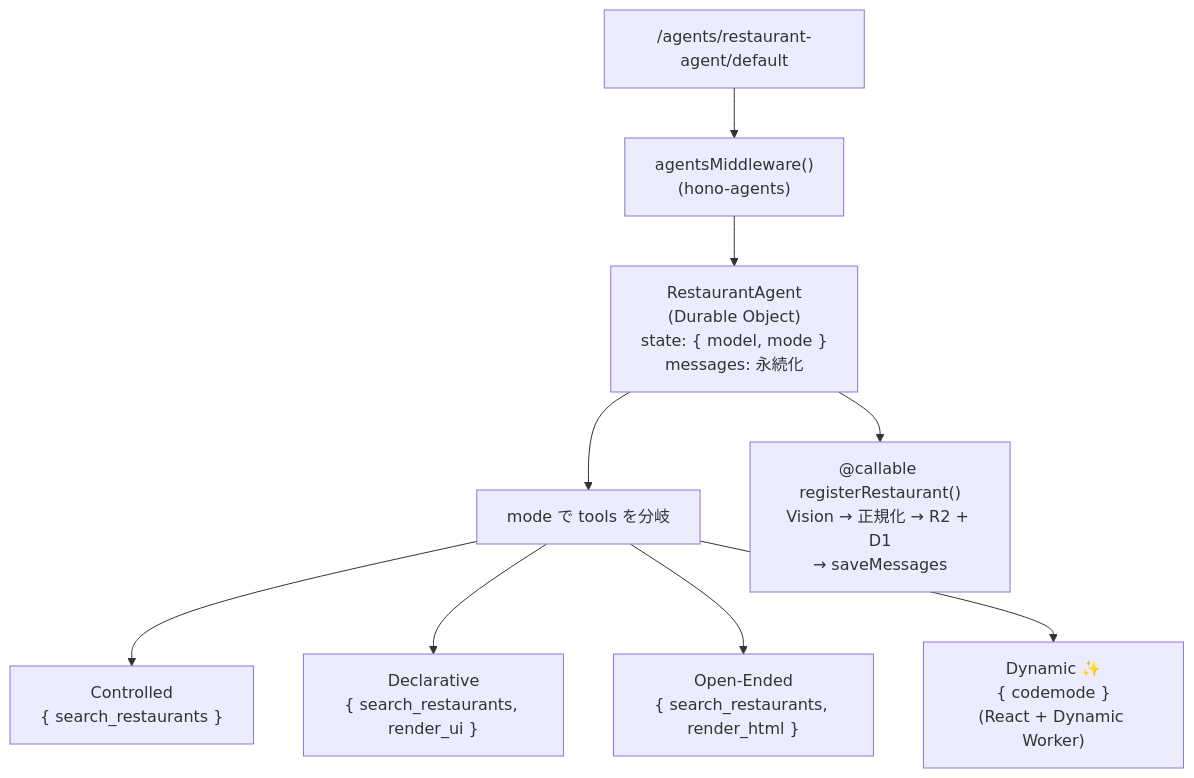
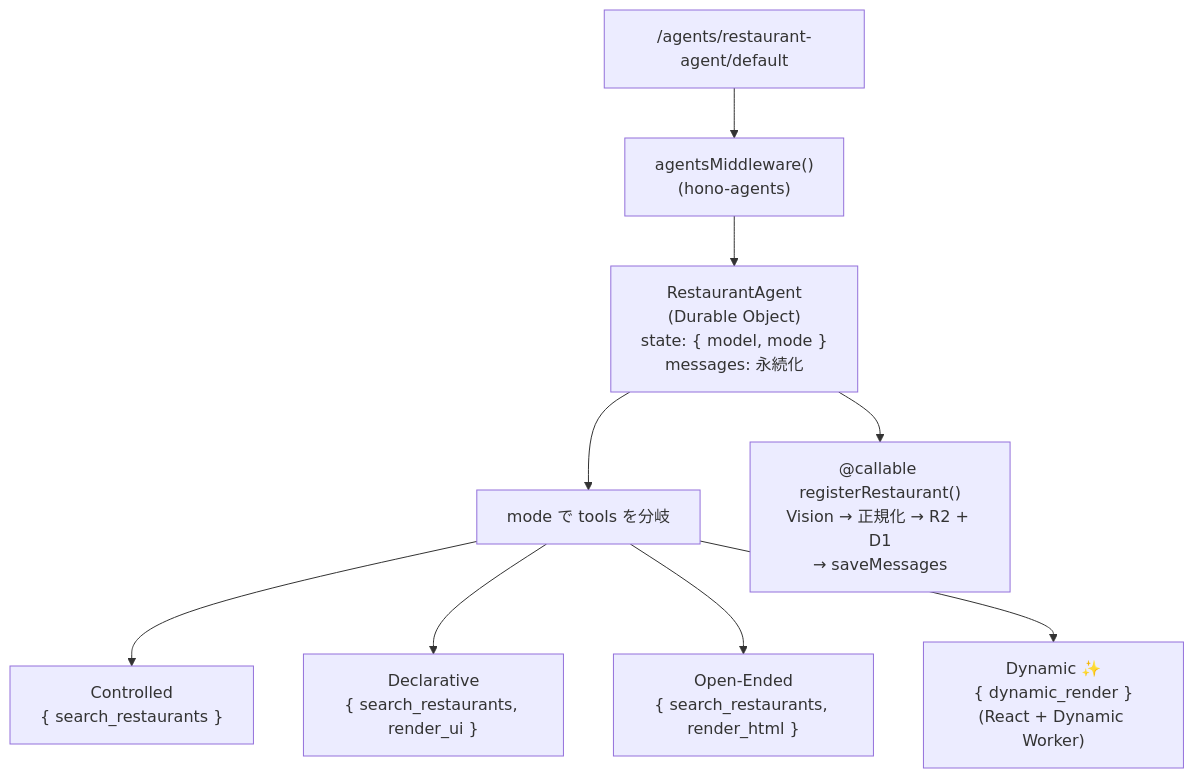
One commit to yusukebe/generative-ui-playground changed the third of 5 diagrams in README.md. Above: the diagram before and after it, drawn with Mermaid. The commit also changed other lines of this file and 1 other file, not shown here.

First line of the commit message:
docs: README / AGENTS.md を最新の Dynamic 実装に合わせて更新

````diff
--- a/README.md
+++ b/README.md
@@ -102,11 +102,11 @@
 ```mermaid
 flowchart TB
   Route["/agents/restaurant-agent/default"] --> Mid["agentsMiddleware()<br/>(hono-agents)"]
   Mid --> Agent["RestaurantAgent<br/>(Durable Object)<br/>state: { model, mode }<br/>messages: 永続化"]
   Agent --> Sw["mode で tools を分岐"]
   Sw --> Ctl["Controlled<br/>{ search_restaurants }"]
   Sw --> Dcl["Declarative<br/>{ search_restaurants, render_ui }"]
   Sw --> Oe["Open-Ended<br/>{ search_restaurants, render_html }"]
-  Sw --> Dy["Dynamic ✨<br/>{ codemode }<br/>(React + Dynamic Worker)"]
+  Sw --> Dy["Dynamic ✨<br/>{ dynamic_render }<br/>(React + Dynamic Worker)"]
   Agent --> Reg["@callable registerRestaurant()<br/>Vision → 正規化 → R2 + D1<br/>→ saveMessages"]
 ```
````
